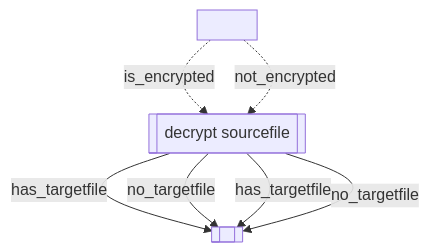
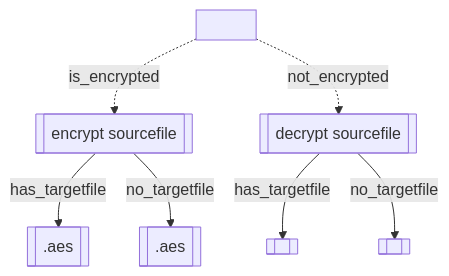
Before and after one commit to Zheng-Bote/qt-cli_file_encryption-decryption: the diagram in README.md, drawn with Mermaid. The commit also changed other lines of this file, not shown here.

````diff
--- a/README.md
+++ b/README.md
@@ -117,10 +118,10 @@
 ```mermaid
 flowchart TD;
-    A[<pathto/sourcefile>.aes]-. is_encrypted .->B[[encrypt sourcefile]]
+    A["<pathto/sourcefile>.aes"]-. is_encrypted .->B[[encrypt sourcefile]]
     B-- has_targetfile -->C[[<new/pathto/sourcefile>.aes]]
-    B-- no_targetfile -->C[[<pathto/sourcefile>.aes]]
+    B-- no_targetfile -->D[[<pathto/sourcefile>.aes]]
 
-    A[<pathto/sourcefile>]-. not_encrypted .->B[[decrypt sourcefile]]
-    B-- has_targetfile -->C[[<new/pathto/sourcefile>]]
-    B-- no_targetfile -->C[[<pathto/sourcefile>]]
+    A[<pathto/sourcefile>]-. not_encrypted .->F[[decrypt sourcefile]]
+    F-- has_targetfile -->G[[<new/pathto/sourcefile>]]
+    F-- no_targetfile -->H[[<pathto/sourcefile>]]
 ```
````
